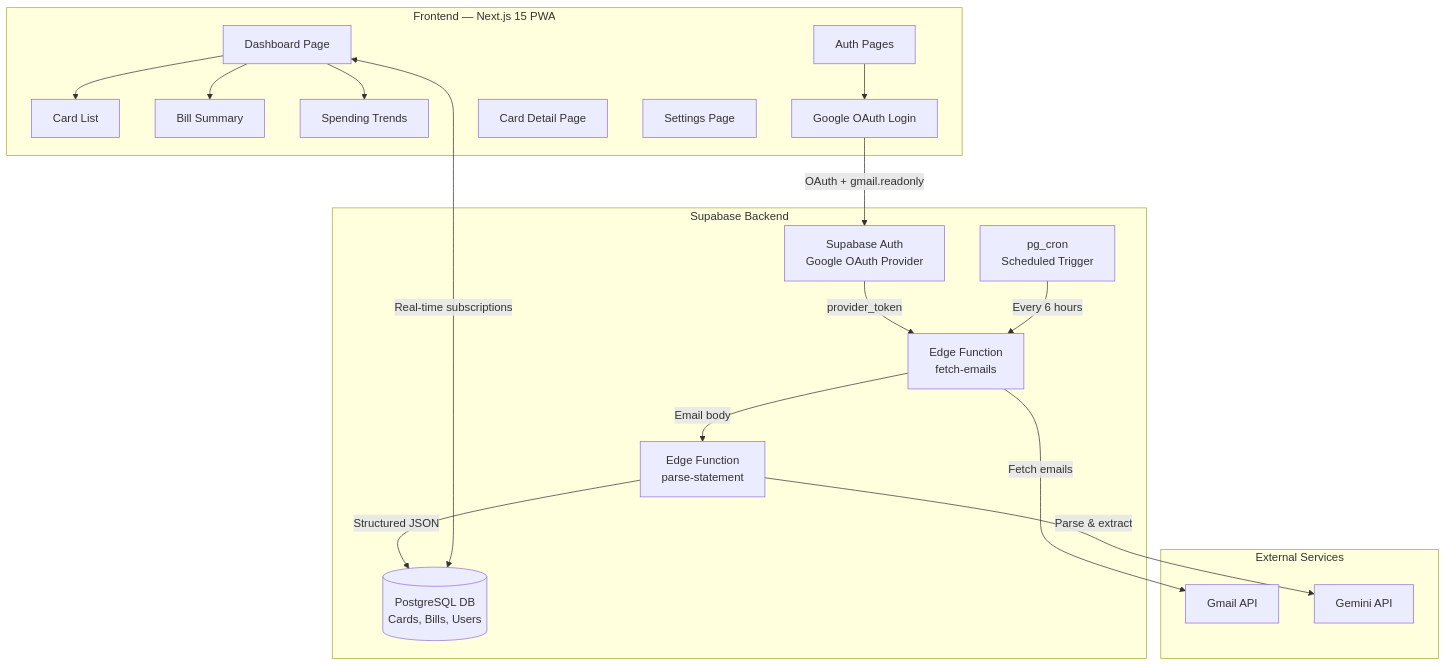
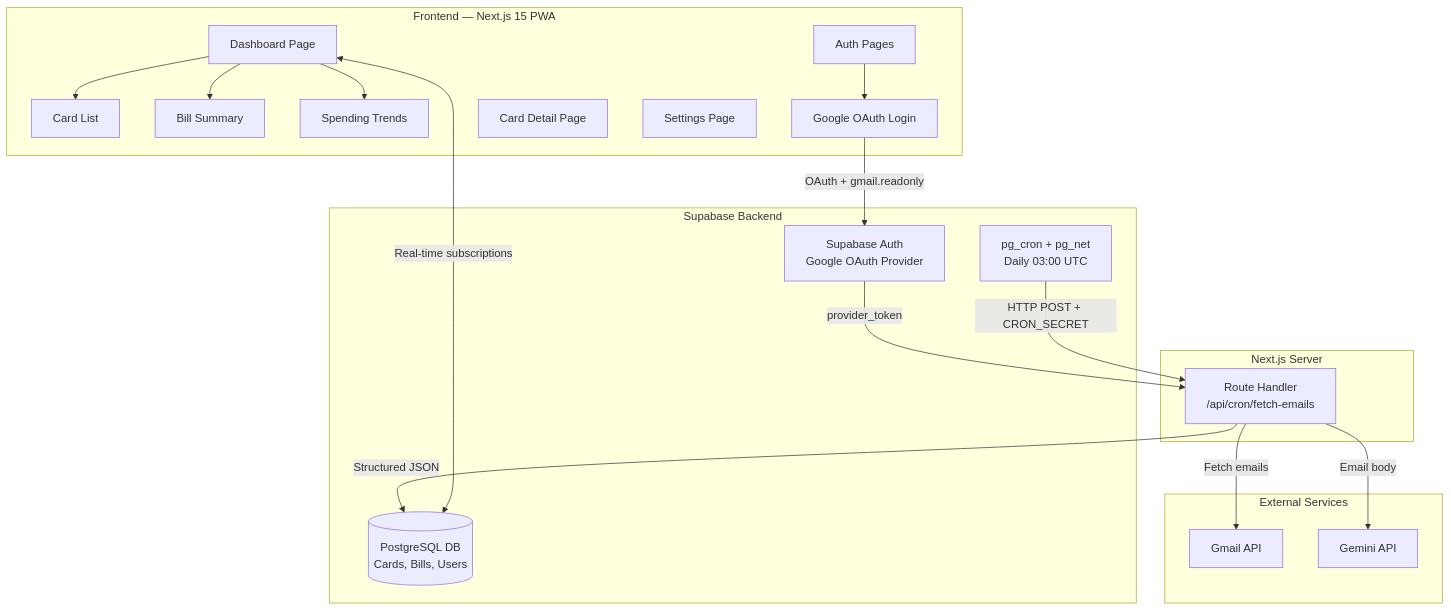
The diagram in implementation plan.md (girishsawant999/cardtrack), drawn with Mermaid before and after one commit. The commit also changed other lines of this file and 16 other files, not shown here.

First line of the commit message:
feat: implement cron job for fetching emails and processing statements

````diff
--- a/implementation plan.md
+++ b/implementation plan.md
@@ -52,33 +52,34 @@
 ```mermaid
 graph TB
     subgraph "Frontend — Next.js 15 PWA"
         A[Dashboard Page] --> B[Card List]
         A --> C[Bill Summary]
         A --> D[Spending Trends]
         E[Auth Pages] --> F[Google OAuth Login]
         G[Card Detail Page]
         H[Settings Page]
     end
 
     subgraph "Supabase Backend"
         I[Supabase Auth<br/>Google OAuth Provider]
         J[(PostgreSQL DB<br/>Cards, Bills, Users)]
-        K[Edge Function<br/>fetch-emails]
-        L[Edge Function<br/>parse-statement]
-        M[pg_cron<br/>Scheduled Trigger]
+        M[pg_cron + pg_net<br/>Daily 03:00 UTC]
+    end
+
+    subgraph "Next.js Server"
+        K[Route Handler<br/>/api/cron/fetch-emails]
     end
 
     subgraph "External Services"
         N[Gmail API]
         O[Gemini API]
     end
 
     F -->|OAuth + gmail.readonly| I
     I -->|provider_token| K
-    M -->|Every 6 hours| K
+    M -->|HTTP POST + CRON_SECRET| K
     K -->|Fetch emails| N
-    K -->|Email body| L
-    L -->|Parse & extract| O
-    L -->|Structured JSON| J
+    K -->|Email body| O
+    K -->|Structured JSON| J
     A <-->|Real-time subscriptions| J
 ```
````
